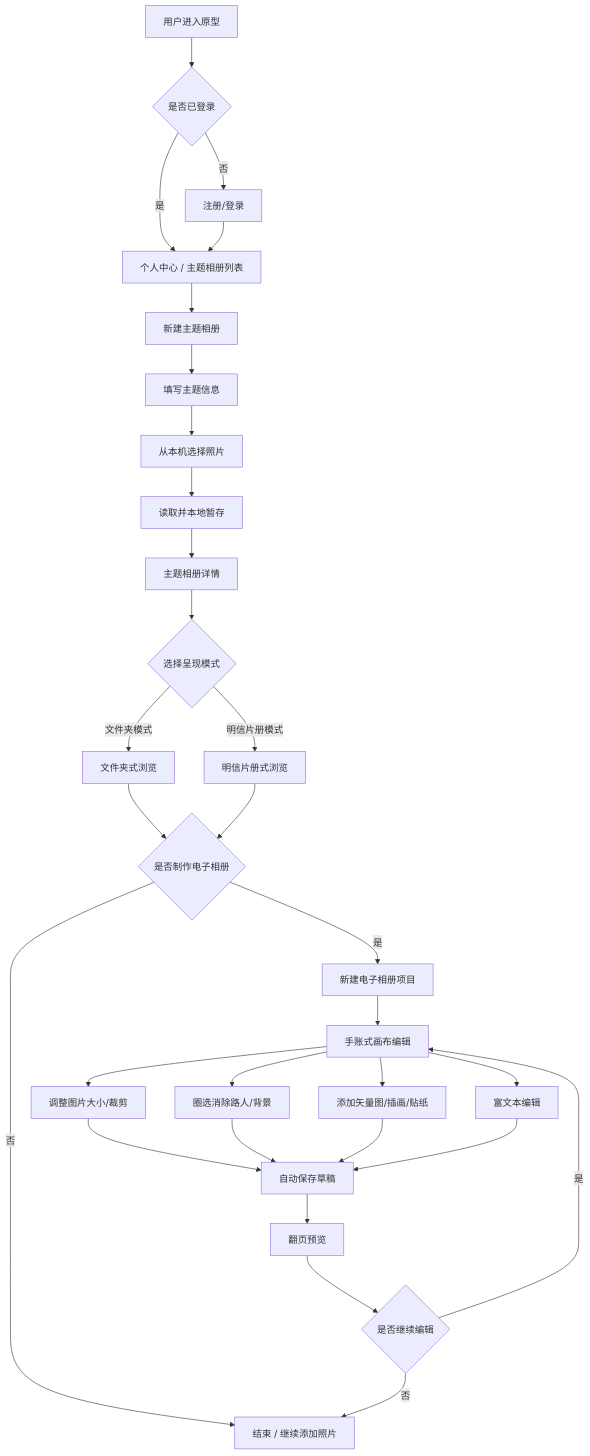
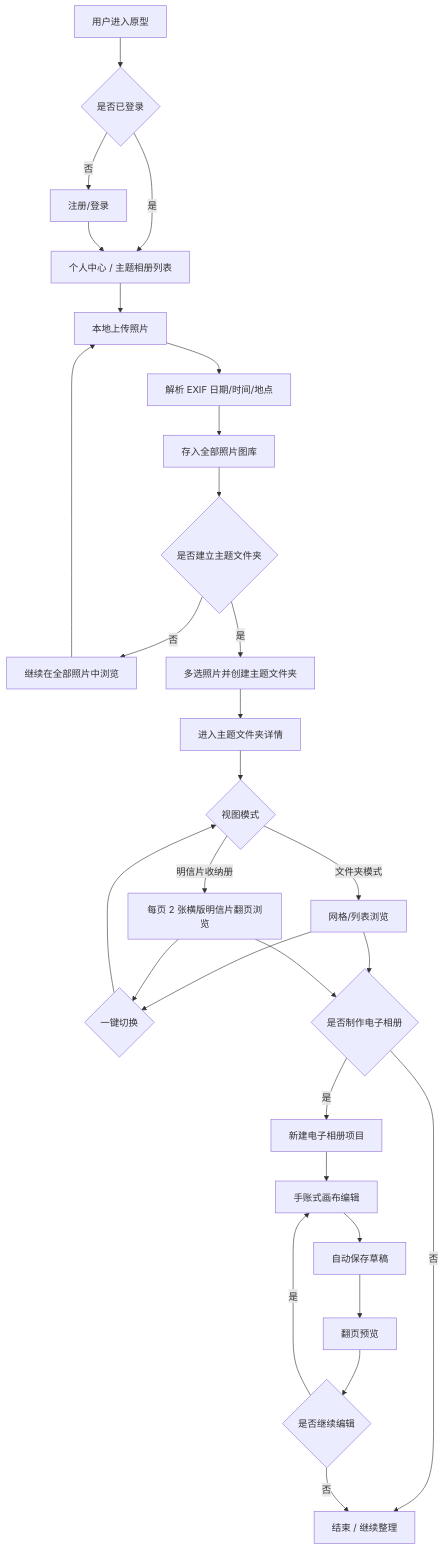
The first of 4 diagrams in PRD.md (skmywwx/MLT), drawn with Mermaid before and after one commit. The commit also changed other lines of this file and 1 other file, not shown here.

````diff
--- a/PRD.md
+++ b/PRD.md
@@ -151,36 +178,37 @@
 ```mermaid
 flowchart TD
     A[用户进入原型] --> B{是否已登录}
     B -->|否| C[注册/登录]
     B -->|是| D[个人中心 / 主题相册列表]
     C --> D
 
-    D --> E[新建主题相册]
-    E --> F[填写主题信息]
-    F --> G[从本机选择照片]
-    G --> H[读取并本地暂存]
-    H --> I[主题相册详情]
+    D --> E[本地上传照片]
+    E --> F[解析 EXIF 日期/时间/地点]
+    F --> G[存入全部照片图库]
 
-    I --> J{选择呈现模式}
-    J -->|文件夹模式| K[文件夹式浏览]
-    J -->|明信片册模式| L[明信片册式浏览]
+    G --> H{是否建立主题文件夹}
+    H -->|否| I[继续在全部照片中浏览]
+    H -->|是| J[多选照片并创建主题文件夹]
 
-    K --> M{是否制作电子相册}
-    L --> M
-    M -->|否| N[结束 / 继续添加照片]
-    M -->|是| O[新建电子相册项目]
+    J --> K[进入主题文件夹详情]
+    K --> L{视图模式}
+    L -->|文件夹模式| M[网格/列表浏览]
+    L -->|明信片收纳册| N[每页 2 张横版明信片翻页浏览]
 
-    O --> P[手账式画布编辑]
-    P --> P1[调整图片大小/裁剪]
-    P --> P2[圈选消除路人/背景]
-    P --> P3[添加矢量图/插画/贴纸]
-    P --> P4[富文本编辑]
-    P1 --> Q[自动保存草稿]
-    P2 --> Q
-    P3 --> Q
-    P4 --> Q
-    Q --> R[翻页预览]
-    R --> S{是否继续编辑}
-    S -->|是| P
-    S -->|否| N
+    M --> O{一键切换}
+    N --> O
+    O --> L
+
+    M --> P{是否制作电子相册}
+    N --> P
+    P -->|否| Q[结束 / 继续整理]
+    P -->|是| R[新建电子相册项目]
+
+    R --> S[手账式画布编辑]
+    S --> T[自动保存草稿]
+    T --> U[翻页预览]
+    U --> V{是否继续编辑}
+    V -->|是| S
+    V -->|否| Q
+    I --> E
 ```
````
